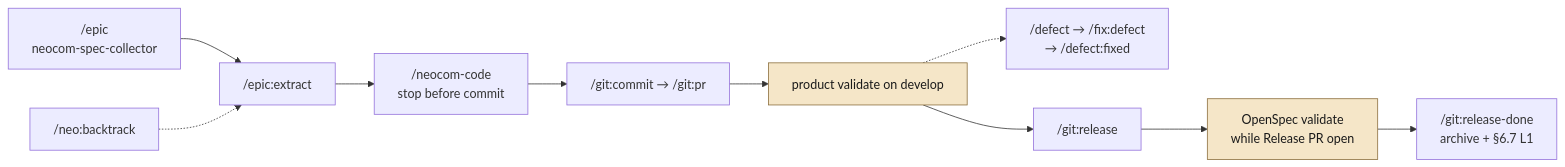
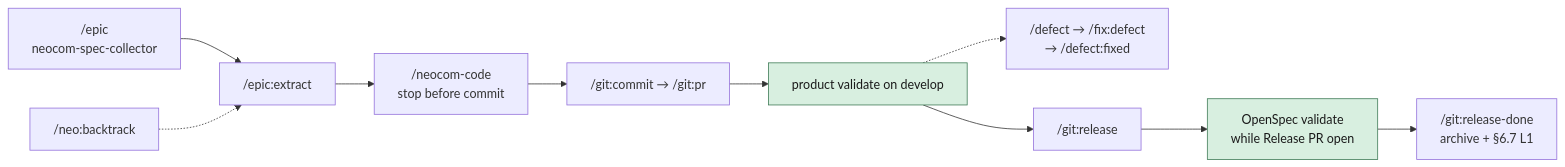
One commit to AdamAntinoo/neocom-meta changed the third of 9 diagrams in .dsh/METHODOLOGY.md. Above: the diagram before and after it, drawn with Mermaid. The commit also changed other lines of this file and 211 other files, not shown here.

````diff
--- a/.dsh/METHODOLOGY.md
+++ b/.dsh/METHODOLOGY.md
@@ -174,13 +174,13 @@
 ```mermaid
 flowchart LR
   collector["/epic<br/>neocom-spec-collector"] --> workflow["/epic:extract"]
   backtrack["/neo:backtrack"] -.-> workflow
   workflow --> code["/neocom-code<br/>stop before commit"]
   code --> git["/git:commit → /git:pr"]
   git --> productVal["product validate on develop"]:::manual
   productVal -.-> defect["/defect → /fix:defect<br/>→ /defect:fixed"]
   productVal --> release["/git:release"]
   release --> osVal["OpenSpec validate<br/>while Release PR open"]:::manual
   osVal --> done["/git:release-done<br/>archive + §6.7 L1"]
-  classDef manual fill:#f5e6c8,stroke:#8a6d3b,color:#1a1a1a
+  classDef manual fill:#d8efe0,stroke:#3d7a55,color:#1a1a1a
 ```
````
